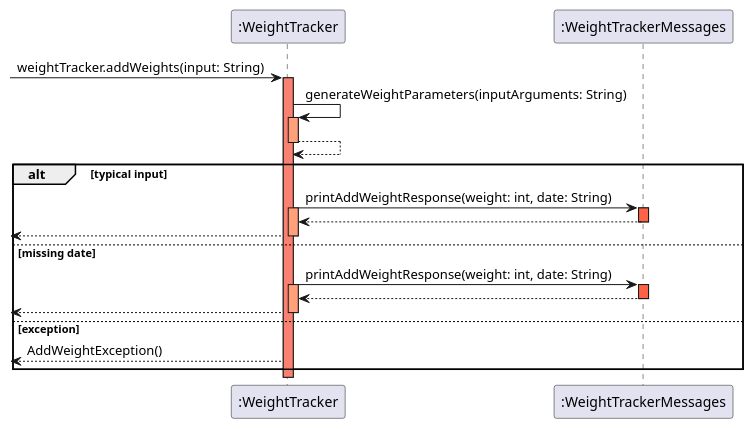
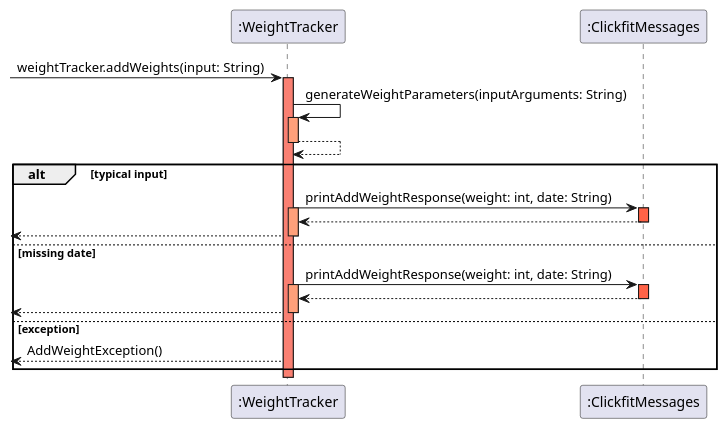
One commit to teoziyiivy/tp changed the diagram in diagrams/WeightTracker_add_sequence.puml. Above: the diagram before and after it, drawn with PlantUML. The commit also changed 2 other files, not shown here.

```diff
--- a/diagrams/WeightTracker_add_sequence.puml
+++ b/diagrams/WeightTracker_add_sequence.puml
@@ -1,32 +1,32 @@
 @startuml
 'https://plantuml.com/sequence-diagram
 
 
 participant ":WeightTracker"
-participant ":WeightTrackerMessages"
+participant ":ClickfitMessages"
 
 ->":WeightTracker" : weightTracker.addWeights(input: String)
 activate ":WeightTracker" #Salmon
 ":WeightTracker"->":WeightTracker" : generateWeightParameters(inputArguments: String)
 activate ":WeightTracker" #LightSalmon
 return
 alt typical input
-":WeightTracker"->":WeightTrackerMessages" : printAddWeightResponse(weight: int, date: String)
+":WeightTracker"->":ClickfitMessages" : printAddWeightResponse(weight: int, date: String)
 activate ":WeightTracker" #LightSalmon
-activate ":WeightTrackerMessages" #Tomato
+activate ":ClickfitMessages" #Tomato
 return
-deactivate ":WeightTrackerMessages"
+deactivate ":ClickfitMessages"
 return
 else missing date
-":WeightTracker"->":WeightTrackerMessages" : printAddWeightResponse(weight: int, date: String)
+":WeightTracker"->":ClickfitMessages" : printAddWeightResponse(weight: int, date: String)
 activate ":WeightTracker" #LightSalmon
-activate ":WeightTrackerMessages"#Tomato
+activate ":ClickfitMessages"#Tomato
 return
-deactivate ":WeightTrackerMessages"
+deactivate ":ClickfitMessages"
 <--":WeightTracker"
 deactivate ":WeightTracker"
 else exception
 <--":WeightTracker" : AddWeightException()
 end
 
 @enduml
```
